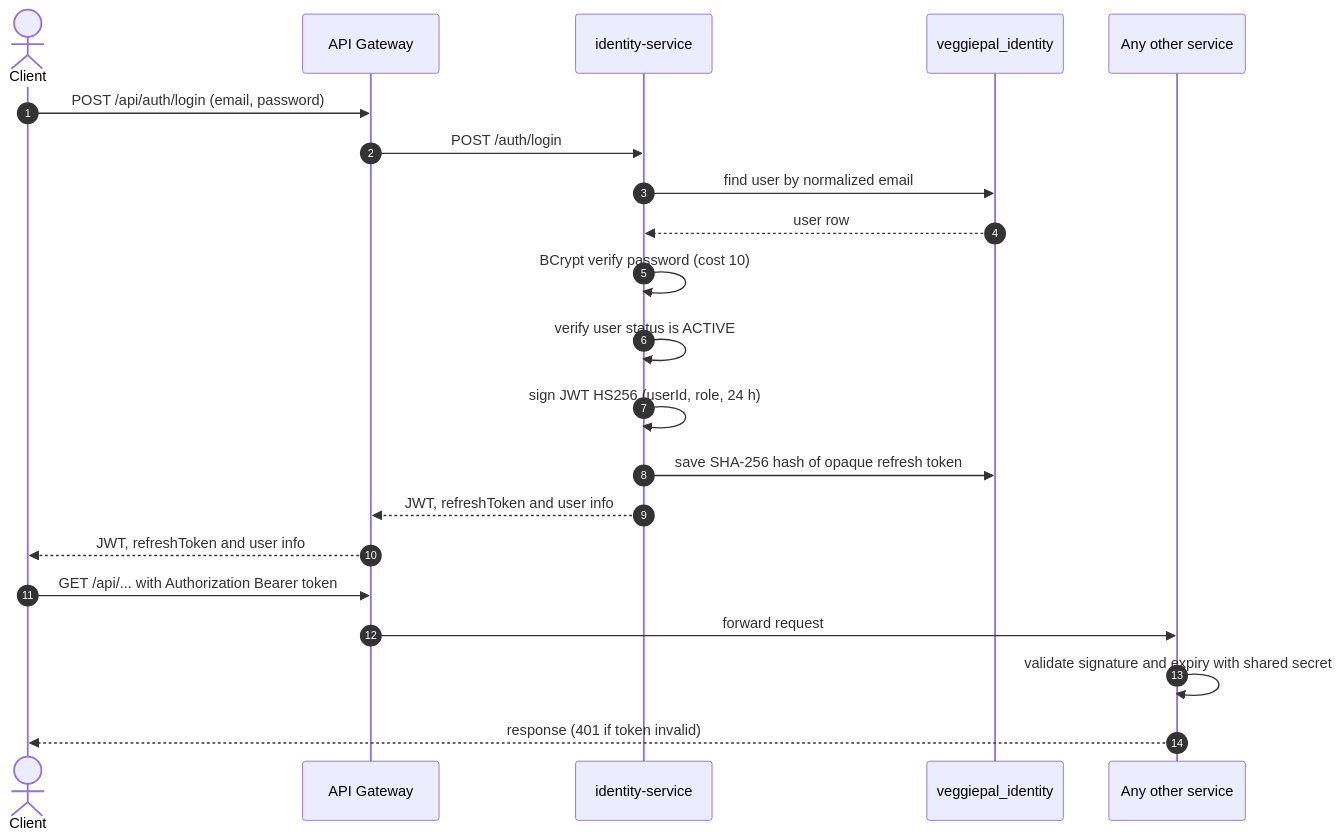
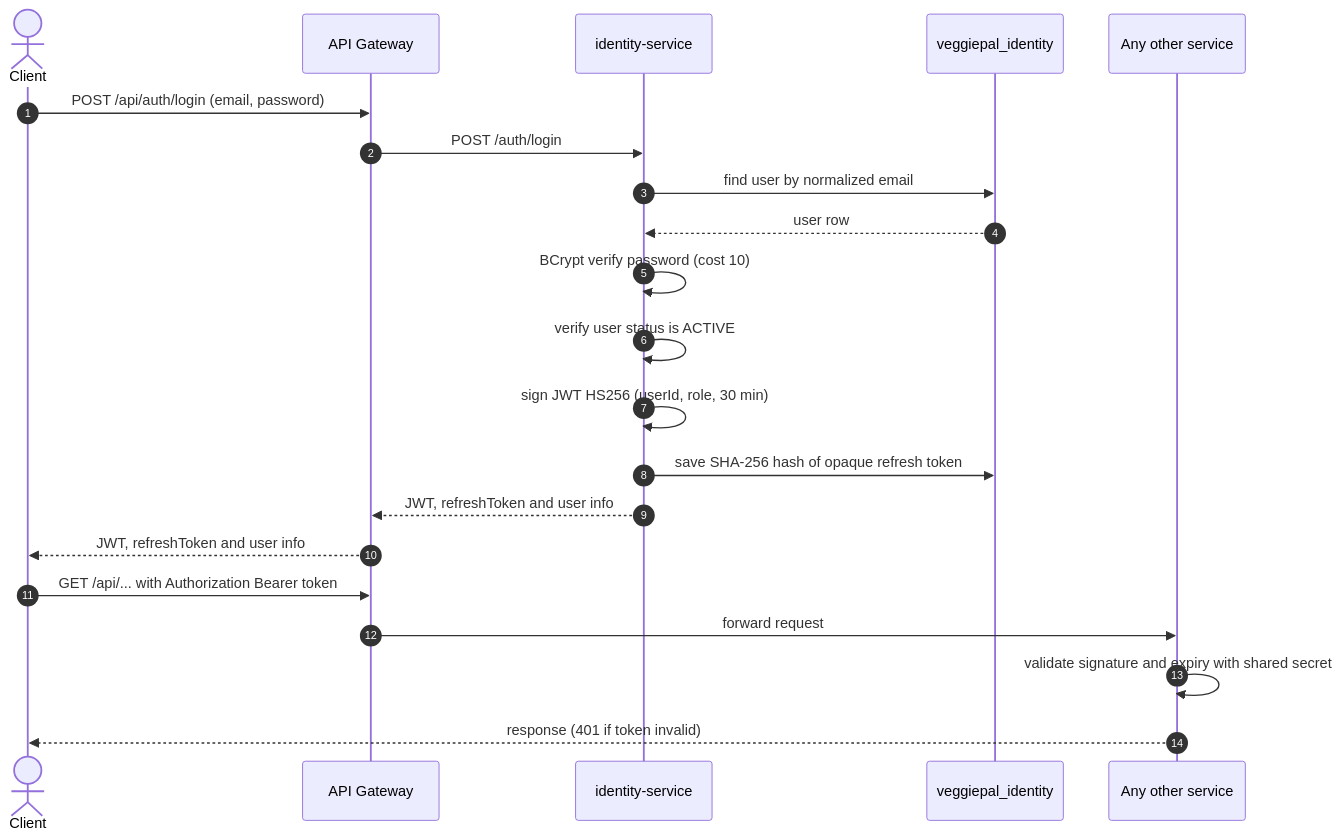
Before and after one commit to Phu0312/VeggiePal-Microservice: diagram 12 of 19 in docs/PRM_CAPSTONE.md, drawn with Mermaid. The commit also changed other lines of this file and 5 other files, not shown here.

Commit message:
feat/mobile/auth(#47): update auth flow

````diff
--- a/docs/PRM_CAPSTONE.md
+++ b/docs/PRM_CAPSTONE.md
@@ -916,24 +916,24 @@
 ```mermaid
 sequenceDiagram
     autonumber
     actor C as Client
     participant GW as API Gateway
     participant ID as identity-service
     participant DB as veggiepal_identity
     participant S as Any other service
 
     C->>GW: POST /api/auth/login (email, password)
     GW->>ID: POST /auth/login
     ID->>DB: find user by normalized email
     DB-->>ID: user row
     ID->>ID: BCrypt verify password (cost 10)
     ID->>ID: verify user status is ACTIVE
-    ID->>ID: sign JWT HS256 (userId, role, 24 h)
+    ID->>ID: sign JWT HS256 (userId, role, 30 min)
     ID->>DB: save SHA-256 hash of opaque refresh token
     ID-->>GW: JWT, refreshToken and user info
     GW-->>C: JWT, refreshToken and user info
     C->>GW: GET /api/... with Authorization Bearer token
     GW->>S: forward request
     S->>S: validate signature and expiry with shared secret
     S-->>C: response (401 if token invalid)
 ```
````
